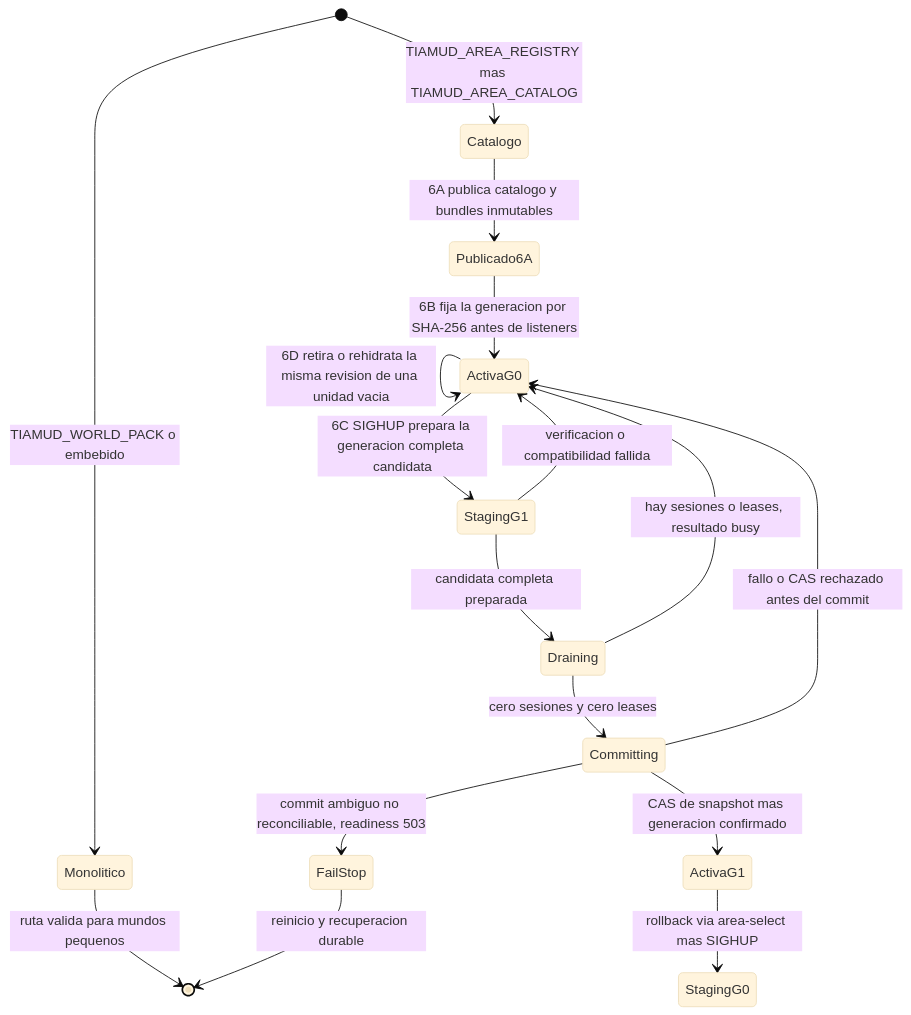
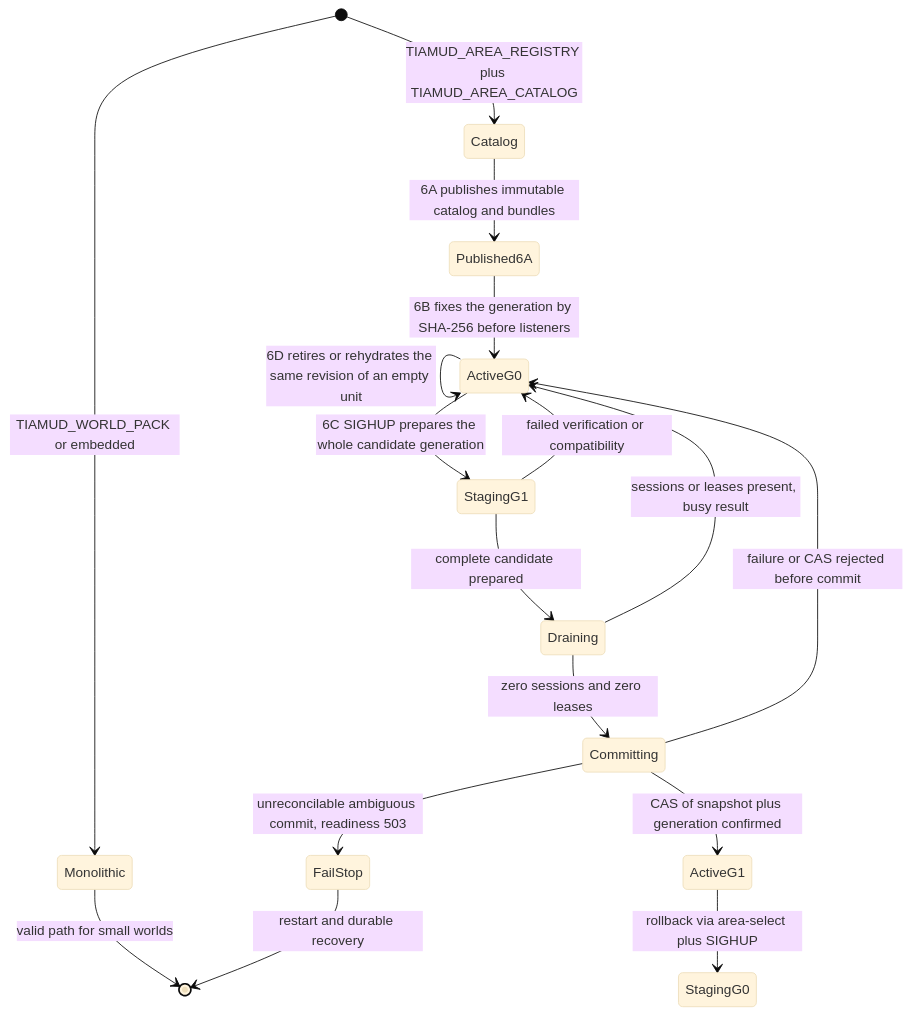
One commit to hyukudan/tiamud changed the first of 2 diagrams in docs/spec-v0.3.md. Above: the diagram before and after it, drawn with Mermaid (base theme). The commit also changed other lines of this file and 11 other files, not shown here.

````diff
--- a/docs/spec-v0.3.md
+++ b/docs/spec-v0.3.md
@@ -96,23 +94,23 @@
 ```mermaid
 stateDiagram-v2
-    accTitle: Ciclo de vida de areas 6A-6D
-    accDescr: El arranque elige de forma excluyente modo monolitico o catalogo. En modo catalogo, 6A publica bundles inmutables, 6B fija y hace crecer la residencia, 6C sustituye la generacion completa mediante un corte quiescente con rollback, y 6D retira y rehidrata la misma revision de una unidad vacia.
+    accTitle: Area lifecycle 6A-6D
+    accDescr: Startup exclusively chooses monolithic or catalog mode. In catalog mode, 6A publishes immutable bundles, 6B fixes and grows residency, 6C replaces the whole generation via a quiescent cutover with rollback, and 6D retires and rehydrates the same revision of an empty unit.
 
-    [*] --> Monolitico: TIAMUD_WORLD_PACK o embebido
-    [*] --> Catalogo: TIAMUD_AREA_REGISTRY mas TIAMUD_AREA_CATALOG
-    Monolitico --> [*]: ruta valida para mundos pequenos
-    Catalogo --> Publicado6A: 6A publica catalogo y bundles inmutables
-    Publicado6A --> ActivaG0: 6B fija la generacion por SHA-256 antes de listeners
-    ActivaG0 --> ActivaG0: 6B crece la residencia bajo demanda, solo anade
-    ActivaG0 --> ActivaG0: 6D retira o rehidrata la misma revision de una unidad vacia
-    ActivaG0 --> StagingG1: 6C SIGHUP prepara la generacion completa candidata
-    StagingG1 --> ActivaG0: verificacion o compatibilidad fallida
-    StagingG1 --> Draining: candidata completa preparada
-    Draining --> ActivaG0: hay sesiones o leases, resultado busy
-    Draining --> Committing: cero sesiones y cero leases
-    Committing --> ActivaG1: CAS de snapshot mas generacion confirmado
-    Committing --> ActivaG0: fallo o CAS rechazado antes del commit
-    Committing --> FailStop: commit ambiguo no reconciliable, readiness 503
-    ActivaG1 --> StagingG0: rollback via area-select mas SIGHUP
-    FailStop --> [*]: reinicio y recuperacion durable
+    [*] --> Monolithic: TIAMUD_WORLD_PACK or embedded
+    [*] --> Catalog: TIAMUD_AREA_REGISTRY plus TIAMUD_AREA_CATALOG
+    Monolithic --> [*]: valid path for small worlds
+    Catalog --> Published6A: 6A publishes immutable catalog and bundles
+    Published6A --> ActiveG0: 6B fixes the generation by SHA-256 before listeners
+    ActiveG0 --> ActiveG0: 6B grows residency on demand, add-only
+    ActiveG0 --> ActiveG0: 6D retires or rehydrates the same revision of an empty unit
+    ActiveG0 --> StagingG1: 6C SIGHUP prepares the whole candidate generation
+    StagingG1 --> ActiveG0: failed verification or compatibility
+    StagingG1 --> Draining: complete candidate prepared
+    Draining --> ActiveG0: sessions or leases present, busy result
+    Draining --> Committing: zero sessions and zero leases
+    Committing --> ActiveG1: CAS of snapshot plus generation confirmed
+    Committing --> ActiveG0: failure or CAS rejected before commit
+    Committing --> FailStop: unreconcilable ambiguous commit, readiness 503
+    ActiveG1 --> StagingG0: rollback via area-select plus SIGHUP
+    FailStop --> [*]: restart and durable recovery
 ```
````
